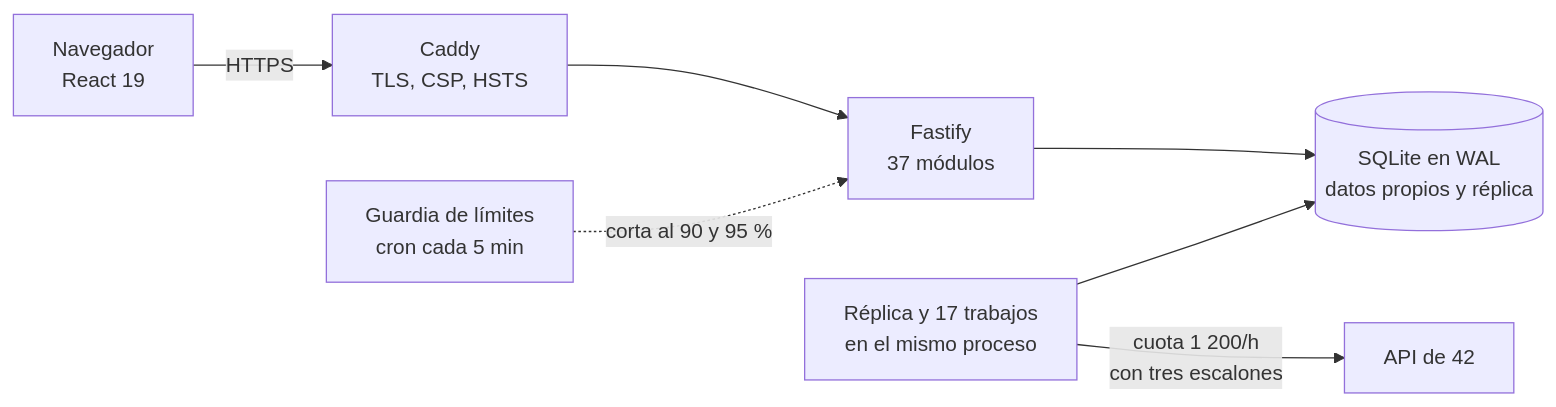
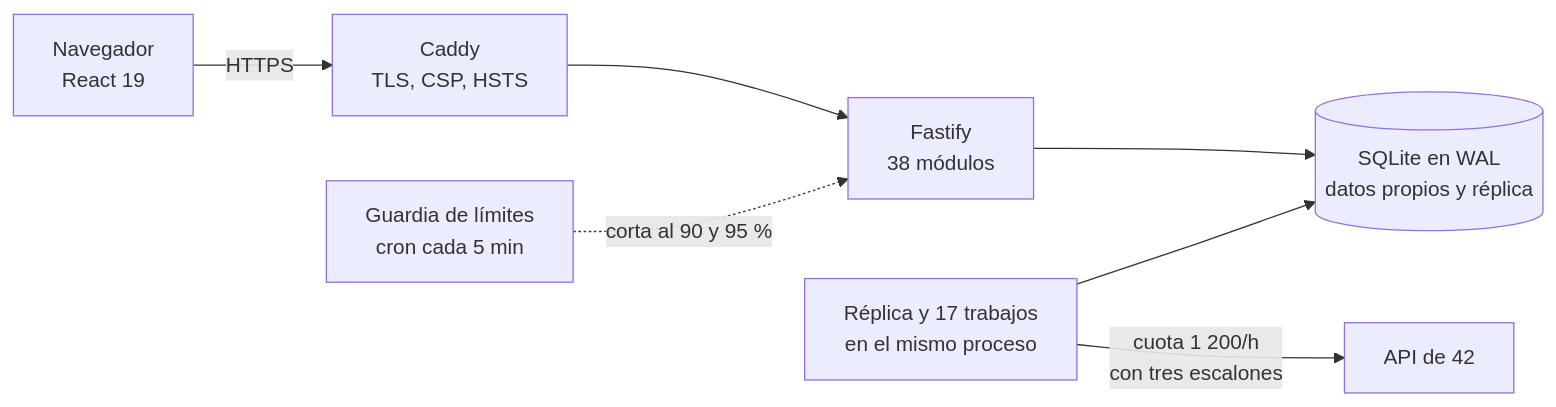
The first of 2 diagrams in README.md (ALRO-GM/sanatorio-42), drawn with Mermaid before and after one commit. The commit also changed other lines of this file and 36 other files, not shown here.

````diff
--- a/README.md
+++ b/README.md
@@ -274,9 +275,9 @@
 ```mermaid
 flowchart LR
   P["Navegador<br/>React 19"] -->|HTTPS| C["Caddy<br/>TLS, CSP, HSTS"]
-  C --> A["Fastify<br/>37 módulos"]
+  C --> A["Fastify<br/>38 módulos"]
   A --> D[("SQLite en WAL<br/>datos propios y réplica")]
   S["Réplica y 17 trabajos<br/>en el mismo proceso"] --> D
   S -->|"cuota 1 200/h<br/>con tres escalones"| Q["API de 42"]
   G["Guardia de límites<br/>cron cada 5 min"] -. "corta al 90 y 95 %" .-> A
 ```
````
